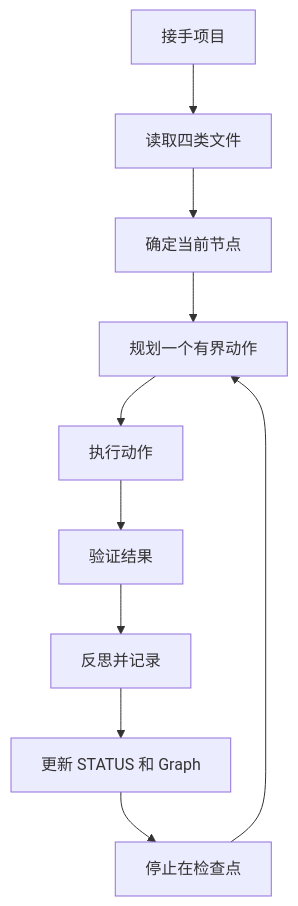
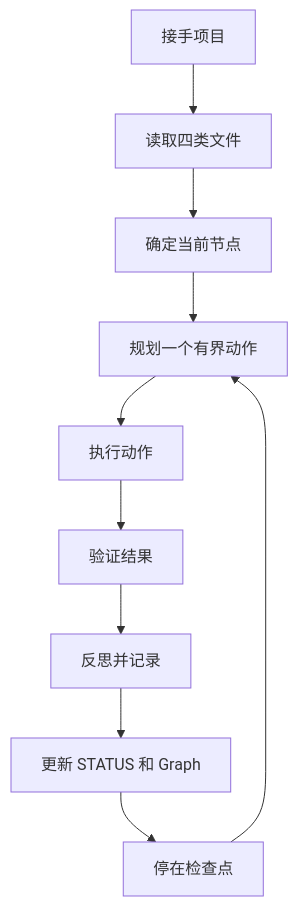
Before and after one commit to AlexenderSokolov/deepscientist-lite-codex-plugin: the diagram in teaching/AGENT_GUIDE.md, drawn with Mermaid. The commit also changed other lines of this file and 5 other files, not shown here.

First line of the commit message:
docs: rewrite documentation — remove AI tone, add mermaid diagrams

````diff
--- a/teaching/AGENT_GUIDE.md
+++ b/teaching/AGENT_GUIDE.md
@@ -26,12 +26,12 @@
 ```mermaid
 flowchart TD
     A[接手项目] --> B[读取四类文件]
     B --> C[确定当前节点]
     C --> D[规划一个有界动作]
     D --> E[执行动作]
     E --> F[验证结果]
     F --> G[反思并记录]
     G --> H[更新 STATUS 和 Graph]
-    H --> I[停止在检查点]
+    H --> I[停在检查点]
     I --> D
 ```
````
